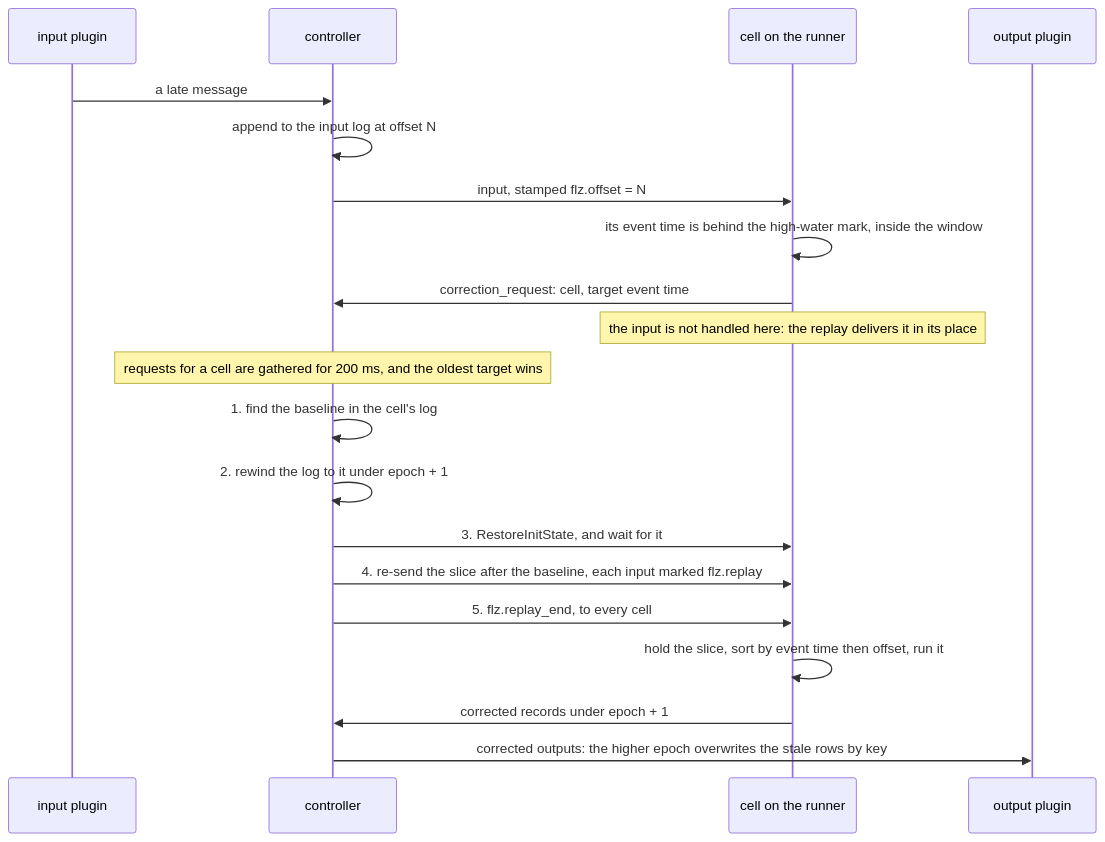
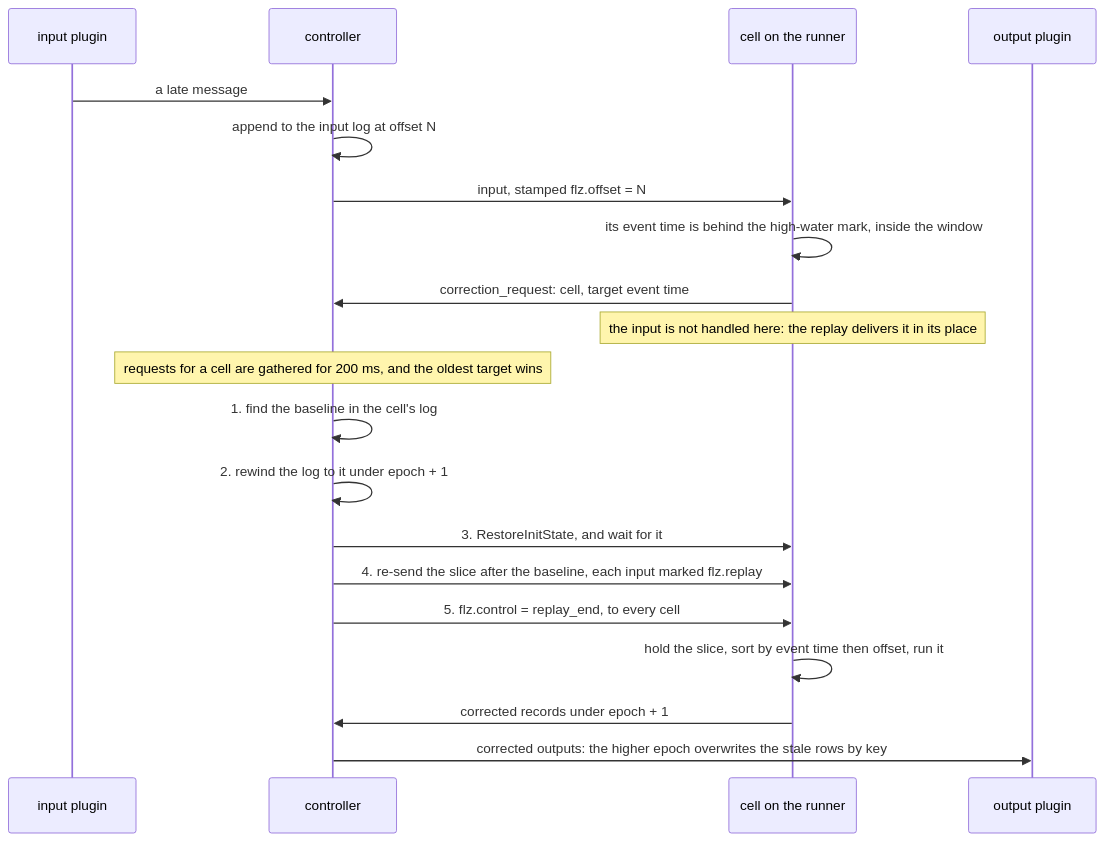
One commit to Flezha/flezha changed the fifth of 6 diagrams in docs/public/architecture/flow_profile.md. Above: the diagram before and after it, drawn with Mermaid. The commit also changed other lines of this file and 40 other files, not shown here.

````diff
--- a/docs/public/architecture/flow_profile.md
+++ b/docs/public/architecture/flow_profile.md
@@ -246,23 +246,23 @@
 ```mermaid
 sequenceDiagram
     participant SRC as input plugin
     participant CTRL as controller
     participant EX as cell on the runner
     participant SINK as output plugin
 
     SRC->>CTRL: a late message
     CTRL->>CTRL: append to the input log at offset N
     CTRL->>EX: input, stamped flz.offset = N
     EX->>EX: its event time is behind the high-water mark, inside the window
     EX->>CTRL: correction_request: cell, target event time
     Note over EX: the input is not handled here: the replay delivers it in its place
     Note over CTRL: requests for a cell are gathered for 200 ms, and the oldest target wins
     CTRL->>CTRL: 1. find the baseline in the cell's log
     CTRL->>CTRL: 2. rewind the log to it under epoch + 1
     CTRL->>EX: 3. RestoreInitState, and wait for it
     CTRL->>EX: 4. re-send the slice after the baseline, each input marked flz.replay
-    CTRL->>EX: 5. flz.replay_end, to every cell
+    CTRL->>EX: 5. flz.control = replay_end, to every cell
     EX->>EX: hold the slice, sort by event time then offset, run it
     EX->>CTRL: corrected records under epoch + 1
     CTRL->>SINK: corrected outputs: the higher epoch overwrites the stale rows by key
 ```
````
